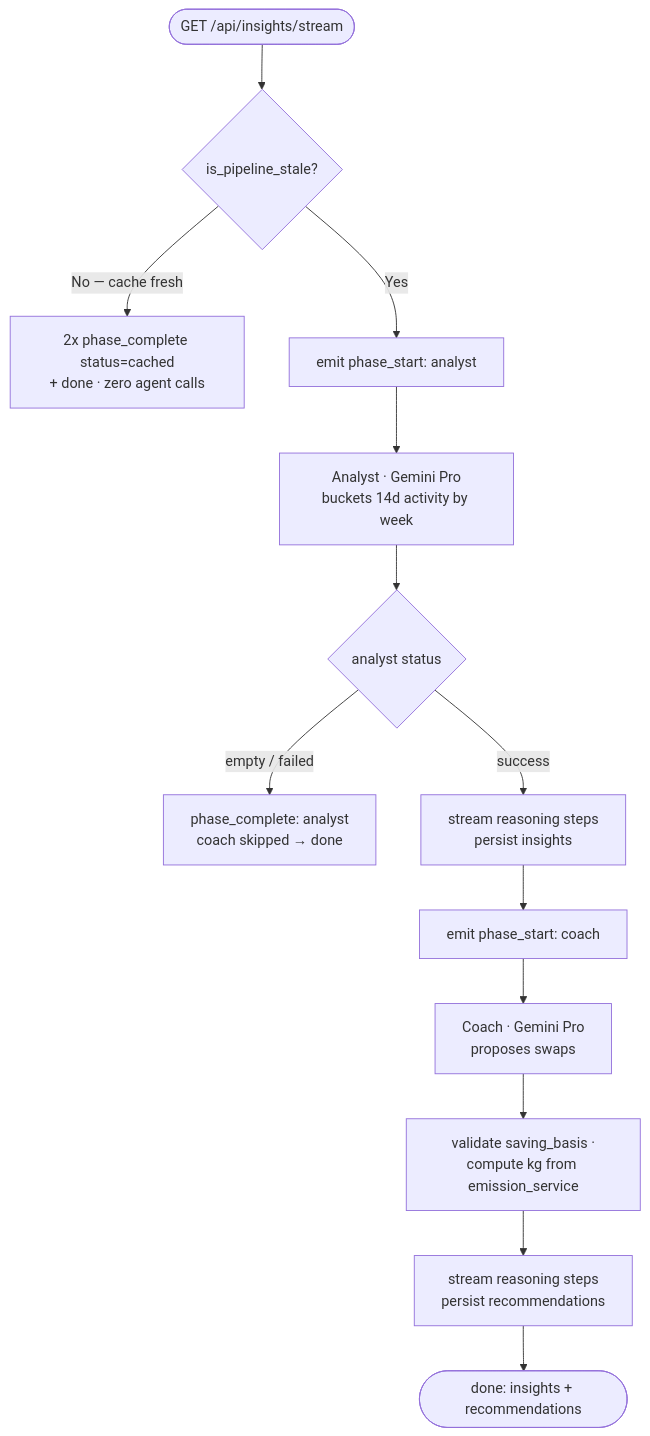
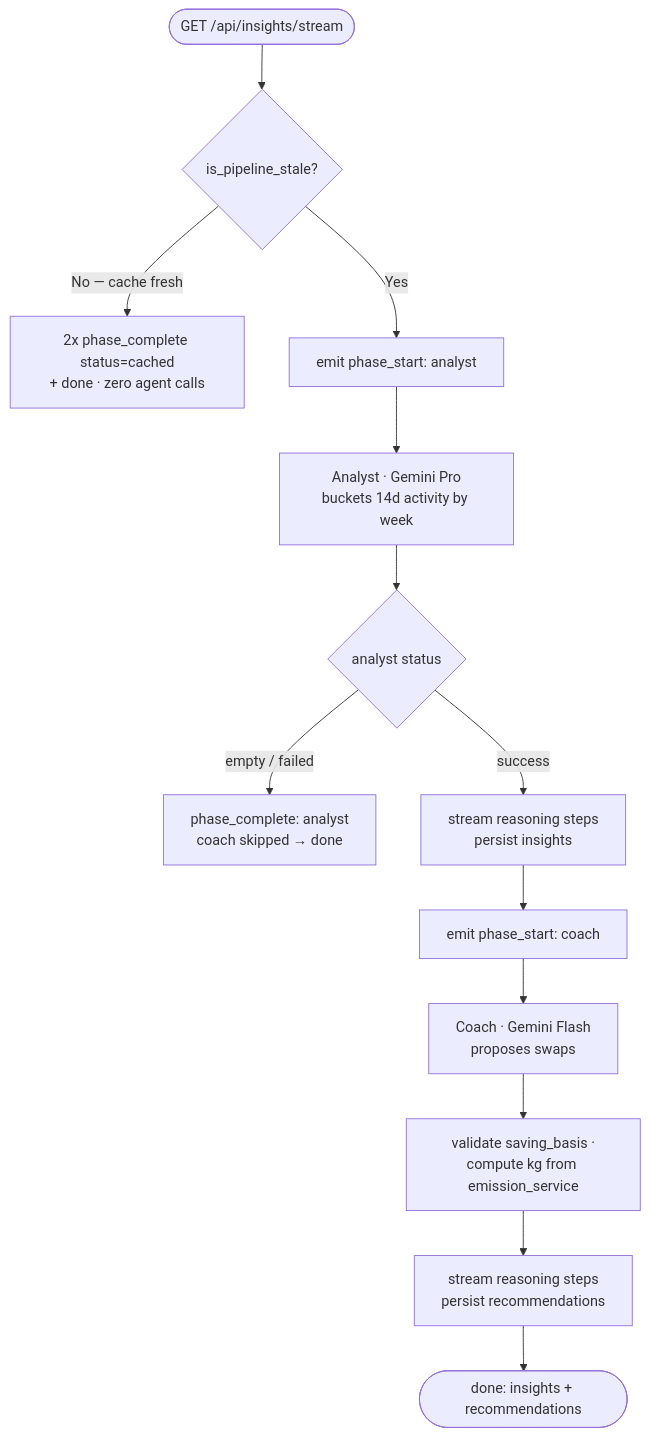
The second of 2 diagrams in README.md (apoorvgpt9/CarbonSaathi), drawn with Mermaid before and after one commit. The commit also changed other lines of this file and 5 other files, not shown here.

````diff
--- a/README.md
+++ b/README.md
@@ -231,15 +231,15 @@
 ```mermaid
 flowchart TD
     START(["GET /api/insights/stream"]) --> STALE{"is_pipeline_stale?"}
     STALE -->|"No — cache fresh"| CACHED["2x phase_complete status=cached<br/>+ done · zero agent calls"]
     STALE -->|"Yes"| A1["emit phase_start: analyst"]
     A1 --> AN["Analyst · Gemini Pro<br/>buckets 14d activity by week"]
     AN --> AOUT{"analyst status"}
     AOUT -->|"empty / failed"| ASKIP["phase_complete: analyst<br/>coach skipped → done"]
     AOUT -->|"success"| AR["stream reasoning steps<br/>persist insights"]
     AR --> C1["emit phase_start: coach"]
-    C1 --> CO["Coach · Gemini Pro<br/>proposes swaps"]
+    C1 --> CO["Coach · Gemini Flash<br/>proposes swaps"]
     CO --> CC["validate saving_basis ·<br/>compute kg from emission_service"]
     CC --> CR2["stream reasoning steps<br/>persist recommendations"]
     CR2 --> DONE(["done: insights + recommendations"])
 ```
````
